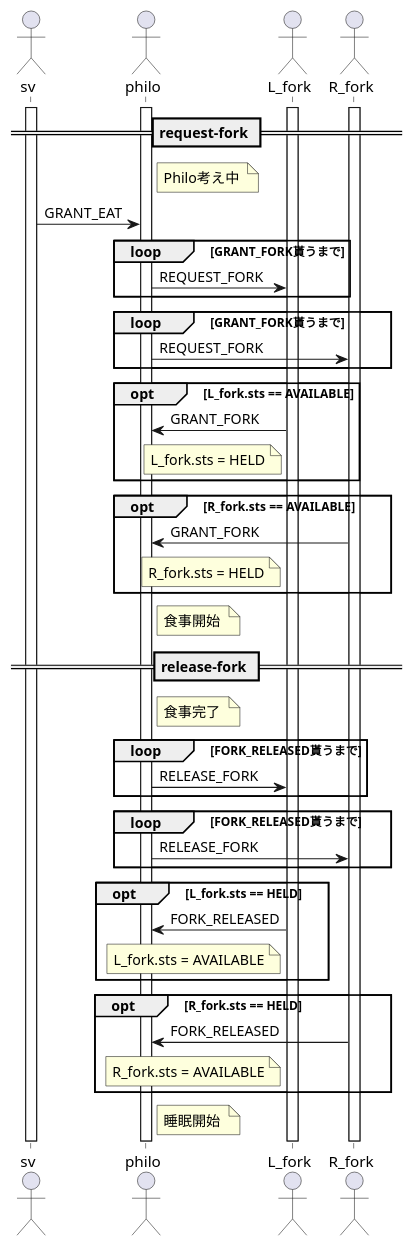
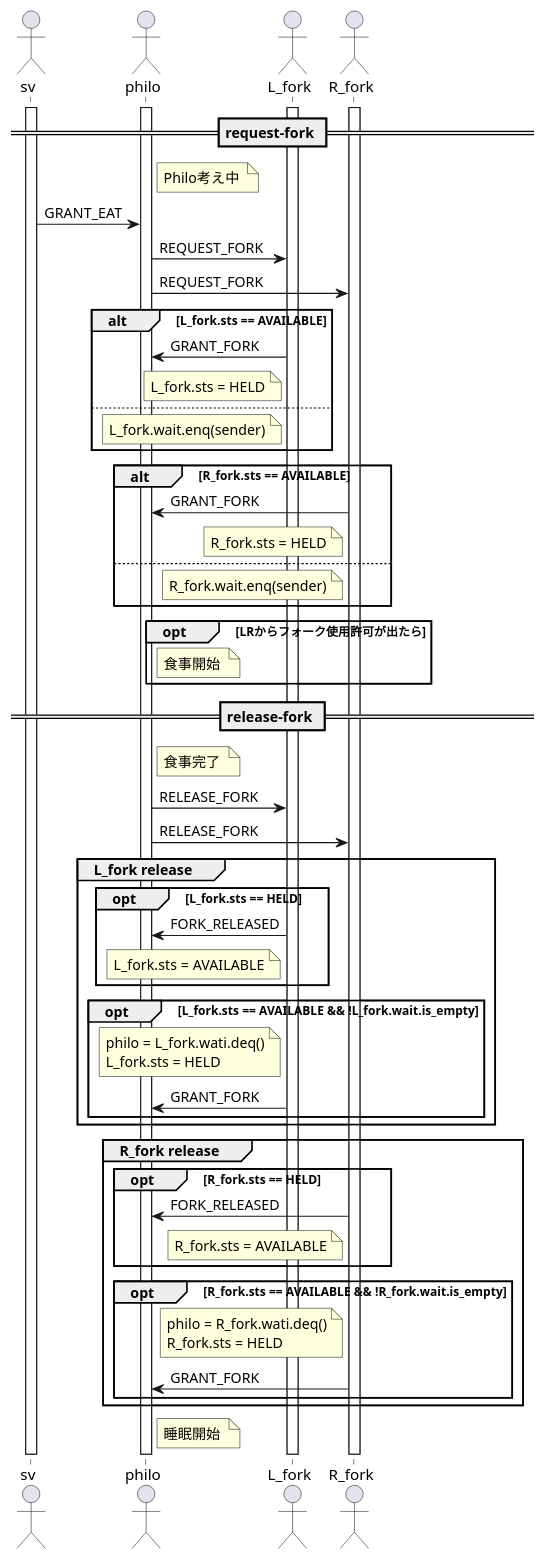
One commit to cacapon/Philosophers changed the diagram in doc/request-fork.pu. Above: the diagram before and after it, drawn with PlantUML. The commit also changed 9 other files, not shown here.

```diff
--- a/doc/request-fork.pu
+++ b/doc/request-fork.pu
@@ -1,70 +1,91 @@
 @startuml request-fork
 
 
 actor sv
 actor philo
 actor L_fork
 actor R_fork
 
 == request-fork ==
 activate sv
 activate philo
 activate L_fork
 activate R_fork
 note right of philo
 	Philo考え中 
 end note
 sv -> philo : GRANT_EAT
-loop GRANT_FORK貰うまで
-	philo -> L_fork : REQUEST_FORK
-end
-loop GRANT_FORK貰うまで
-	philo -> R_fork : REQUEST_FORK
-end
-opt L_fork.sts == AVAILABLE
+philo -> L_fork : REQUEST_FORK
+philo -> R_fork : REQUEST_FORK
+alt L_fork.sts == AVAILABLE
 	L_fork -> philo : GRANT_FORK
 	note left of L_fork
 		L_fork.sts = HELD
 	end note
+else
+	note left of L_fork
+		L_fork.wait.enq(sender)
+	end note
 end
-opt R_fork.sts == AVAILABLE
+alt R_fork.sts == AVAILABLE
 	R_fork -> philo : GRANT_FORK
-	note left of L_fork
+	note left of R_fork
 		R_fork.sts = HELD
 	end note
+else
+	note left of R_fork
+		R_fork.wait.enq(sender)
+	end note
 end
-note right of philo
-	食事開始 
-end note
+opt LRからフォーク使用許可が出たら
+	note right of philo
+		食事開始 
+	end note
+end
 == release-fork ==
 note right of philo
 	食事完了 
 end note
-loop FORK_RELEASED貰うまで
-	philo -> L_fork : RELEASE_FORK
+philo -> L_fork : RELEASE_FORK
+philo -> R_fork : RELEASE_FORK
+
+group L_fork release
+	opt L_fork.sts == HELD
+		L_fork -> philo : FORK_RELEASED
+		note left of L_fork
+			L_fork.sts = AVAILABLE
+		end note
+	end
+	opt L_fork.sts == AVAILABLE && !L_fork.wait.is_empty
+		note left of L_fork
+			philo = L_fork.wati.deq()
+			L_fork.sts = HELD 
+		end note
+		L_fork->philo: GRANT_FORK
+	end
 end
-loop FORK_RELEASED貰うまで
-	philo -> R_fork : RELEASE_FORK
-end
-opt L_fork.sts == HELD
-	L_fork -> philo : FORK_RELEASED
-	note left of L_fork
-		L_fork.sts = AVAILABLE
-	end note
-end
-opt R_fork.sts == HELD
-	R_fork -> philo : FORK_RELEASED
-	note left of L_fork
-		R_fork.sts = AVAILABLE
-	end note
+group R_fork release
+	opt R_fork.sts == HELD
+		R_fork -> philo : FORK_RELEASED
+		note left of R_fork
+			R_fork.sts = AVAILABLE
+		end note
+	end
+	opt R_fork.sts == AVAILABLE && !R_fork.wait.is_empty
+		note left of R_fork
+			philo = R_fork.wati.deq()
+			R_fork.sts = HELD 
+		end note
+		R_fork->philo: GRANT_FORK
+	end
 end
 note right of philo
 	睡眠開始 
 end note
 
 deactivate sv
 deactivate philo
 deactivate L_fork
 deactivate R_fork
 
 @enduml
```
